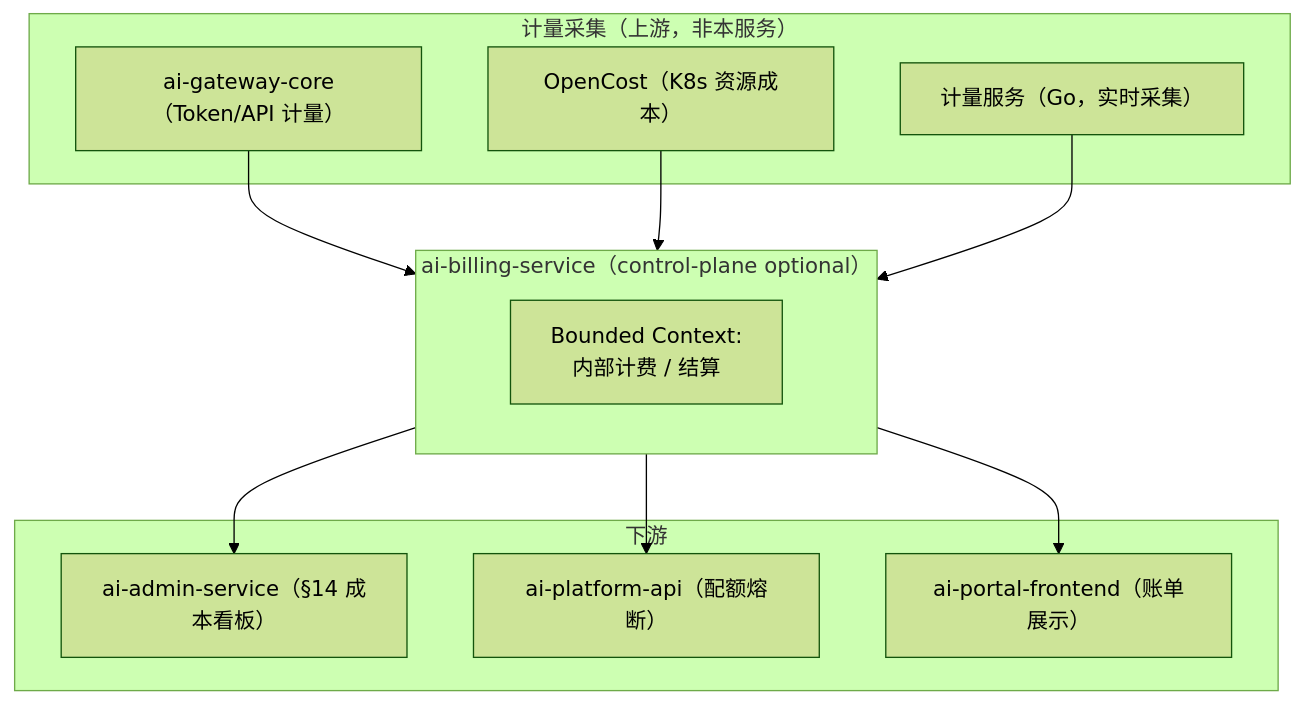
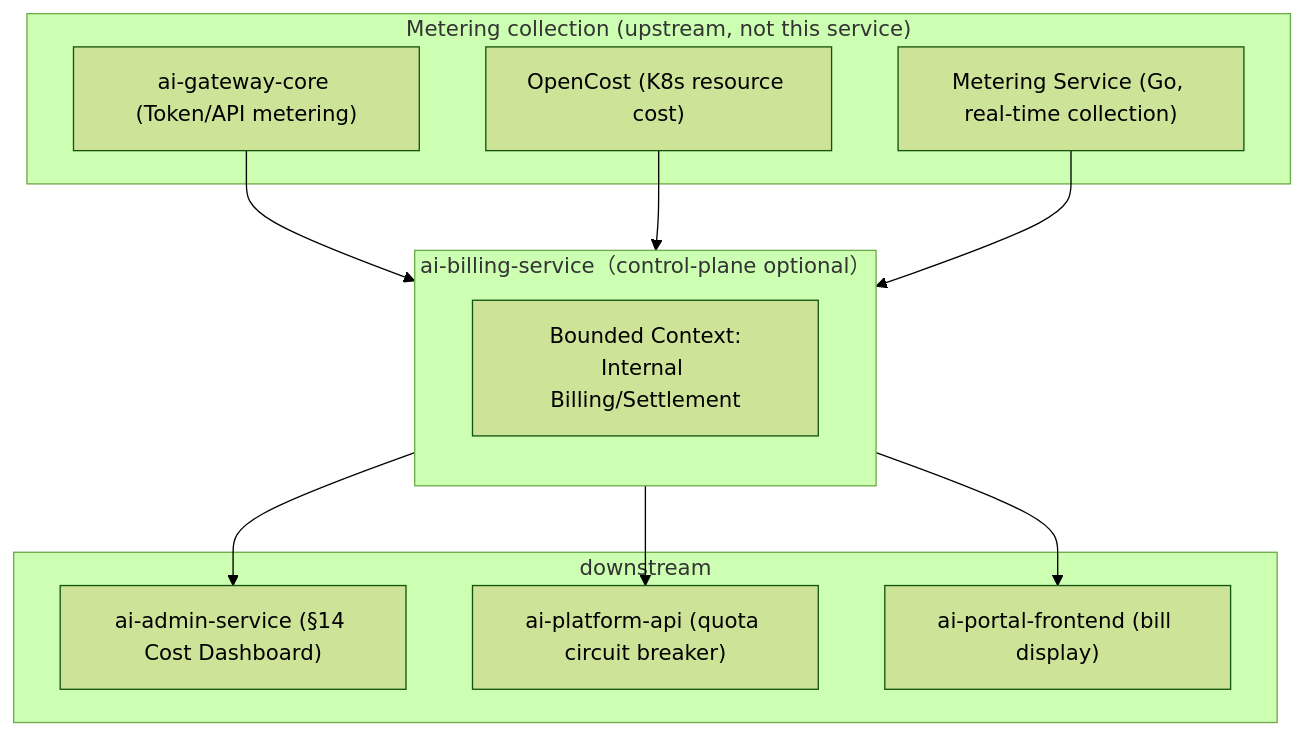
The first of 5 diagrams in design/DESIGN.md (open-strata-ai/ai-billing-service), drawn with Mermaid (forest theme) before and after one commit. The commit also changed other lines of this file and 10 other files, not shown here.

````diff
--- a/design/DESIGN.md
+++ b/design/DESIGN.md
@@ -23,23 +23,23 @@
 ```mermaid
 graph TB
-    subgraph 计量采集["计量采集（上游，非本服务）"]
-        GW["ai-gateway-core（Token/API 计量）"]
-        OC["OpenCost（K8s 资源成本）"]
-        METER["计量服务（Go，实时采集）"]
+    subgraph Measurement collection["Metering collection (upstream, not this service)"]
+        GW["ai-gateway-core (Token/API metering)"]
+        OC["OpenCost (K8s resource cost)"]
+        METER["Metering Service (Go, real-time collection)"]
     end
-    subgraph 本服务["ai-billing-service（control-plane optional）"]
+    subgraph This service["ai-billing-service（control-plane optional）"]
         direction TB
-        BC["Bounded Context:<br/>内部计费 / 结算"]
+        BC["Bounded Context:<br/>Internal Billing/Settlement"]
     end
-    subgraph 下游
-        ADM["ai-admin-service（§14 成本看板）"]
-        API["ai-platform-api（配额熔断）"]
-        PORTAL["ai-portal-frontend（账单展示）"]
+    subgraph downstream
+        ADM["ai-admin-service (§14 Cost Dashboard)"]
+        API["ai-platform-api (quota circuit breaker)"]
+        PORTAL["ai-portal-frontend (bill display)"]
     end
     GW --> BC
     OC --> BC
     METER --> BC
     BC --> ADM
     BC --> API
     BC --> PORTAL
 ```
````
